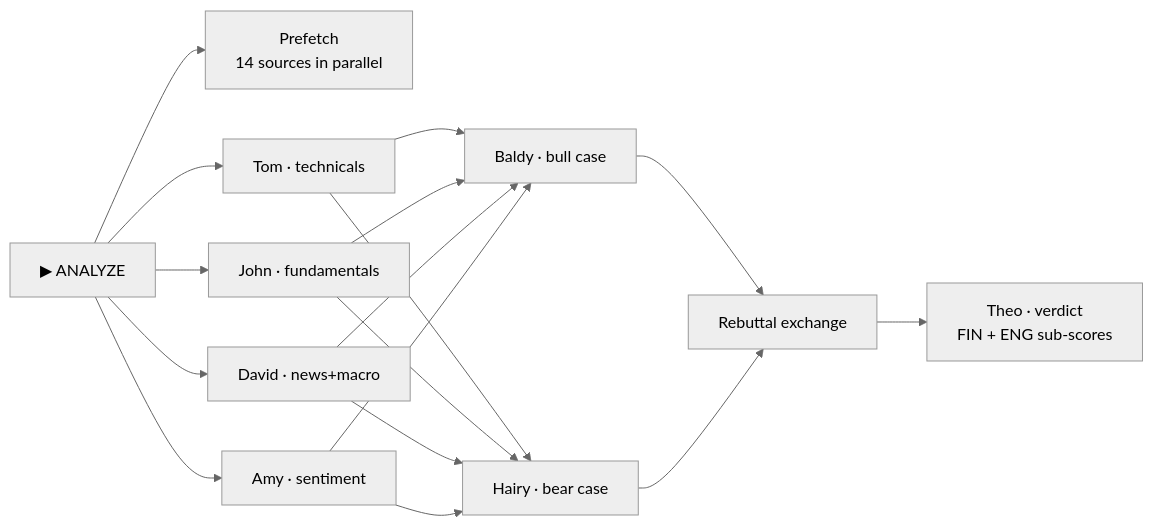
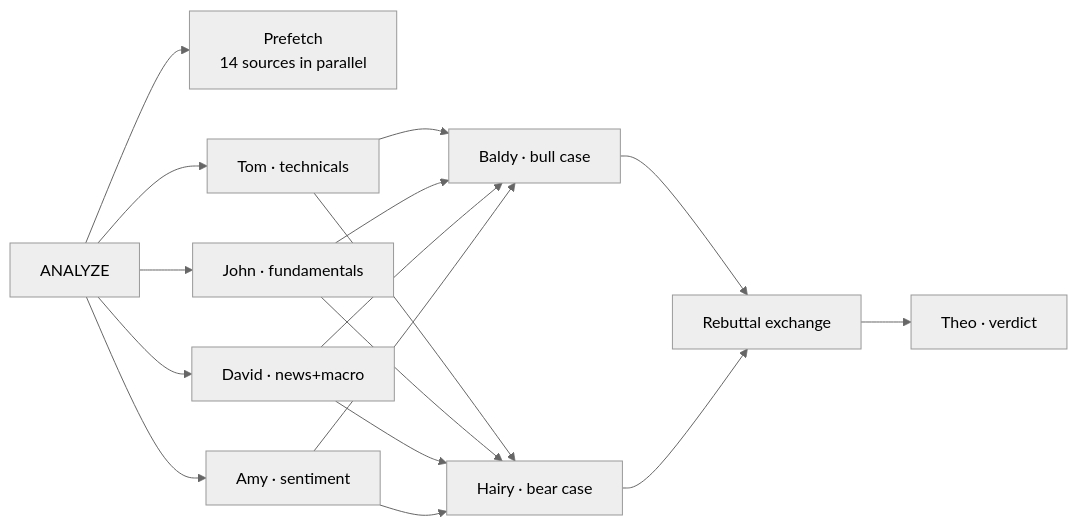
One commit to Tgeon/pixel-office-firm changed the diagram in README.md. Above: the diagram before and after it, drawn with Mermaid (neutral theme). The commit also changed other lines of this file, not shown here.

````diff
--- a/README.md
+++ b/README.md
@@ -50,12 +26,12 @@
 ```mermaid
 flowchart LR
-    A[▶ ANALYZE] --> P[Prefetch<br/>14 sources in parallel]
+    A[ANALYZE] --> P[Prefetch<br/>14 sources in parallel]
     A --> T1[Tom · technicals]
     A --> T2[John · fundamentals]
     A --> T3[David · news+macro]
     A --> T4[Amy · sentiment]
     T1 & T2 & T3 & T4 --> B[Baldy · bull case]
     T1 & T2 & T3 & T4 --> H[Hairy · bear case]
     B & H --> R[Rebuttal exchange]
-    R --> V[Theo · verdict<br/>FIN + ENG sub-scores]
+    R --> V[Theo · verdict]
 ```
````
